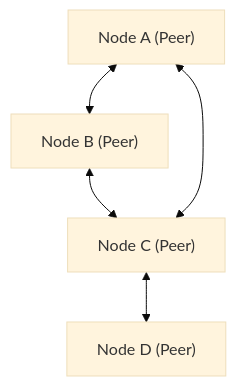
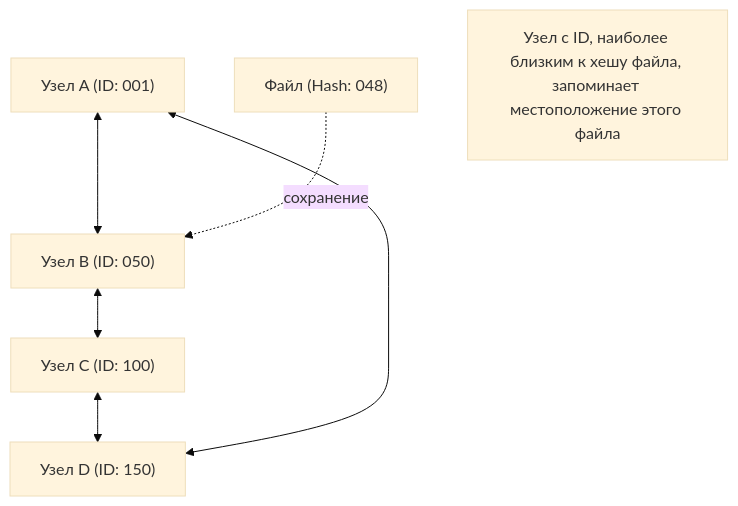
The diagram in content/post/history-of-p2p/index.ru.md (kenjinote/blog), drawn with Mermaid (base theme) before and after one commit. The commit also changed other lines of this file and 67 other files, not shown here.

````diff
--- a/content/post/history-of-p2p/index.ru.md
+++ b/content/post/history-of-p2p/index.ru.md
@@ -22,7 +44,9 @@
 ```mermaid
-graph TD;
-    A["Node A (Peer)"] <--> B["Node B (Peer)"];
-    B <--> C["Node C (Peer)"];
-    C <--> A;
-    C <--> D["Node D (Peer)"];
+graph TD
+    NodeA["Узел A (ID: 001)"] <--> NodeB["Узел B (ID: 050)"]
+    NodeB <--> NodeC["Узел C (ID: 100)"]
+    NodeC <--> NodeD["Узел D (ID: 150)"]
+    NodeD <--> NodeA
+    File["Файл (Hash: 048)"] -.->|"сохранение"| NodeB
+    Note["Узел с ID, наиболее близким к хешу файла, запоминает местоположение этого файла"]
 ```
````
